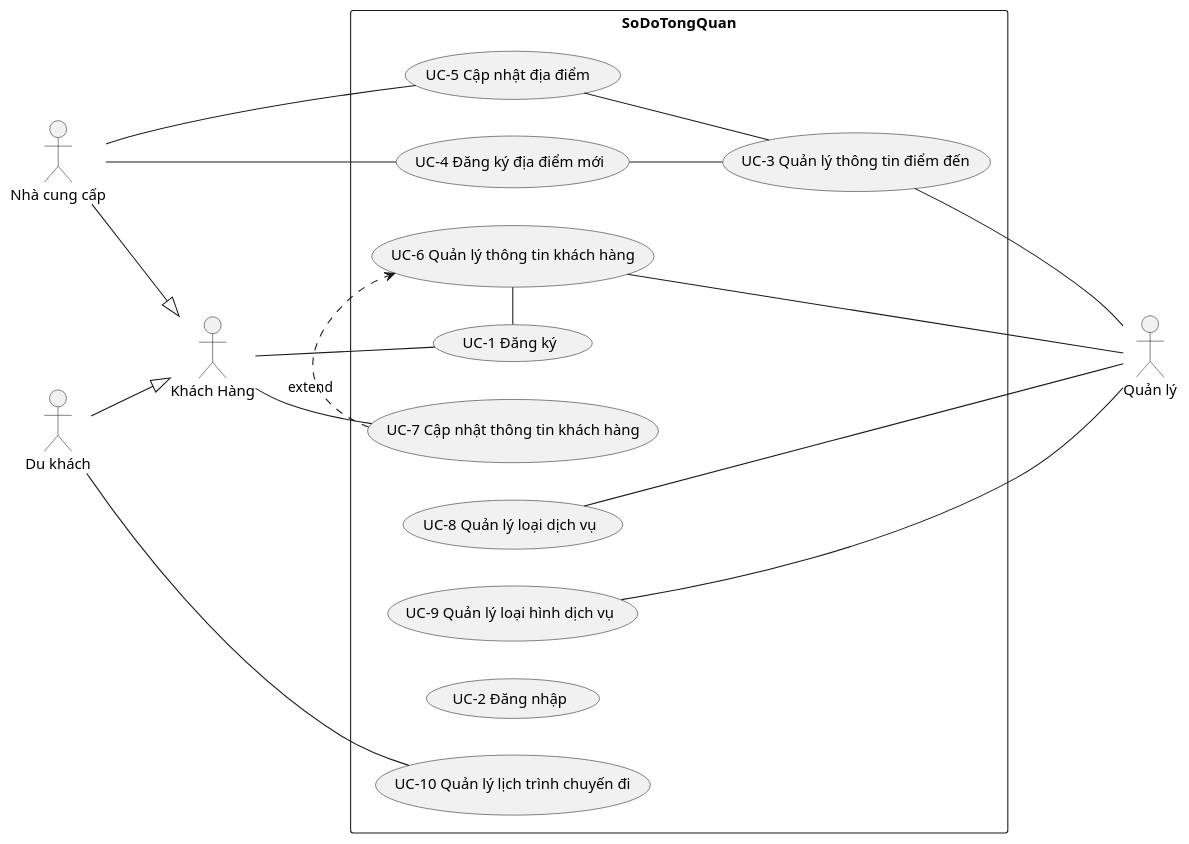
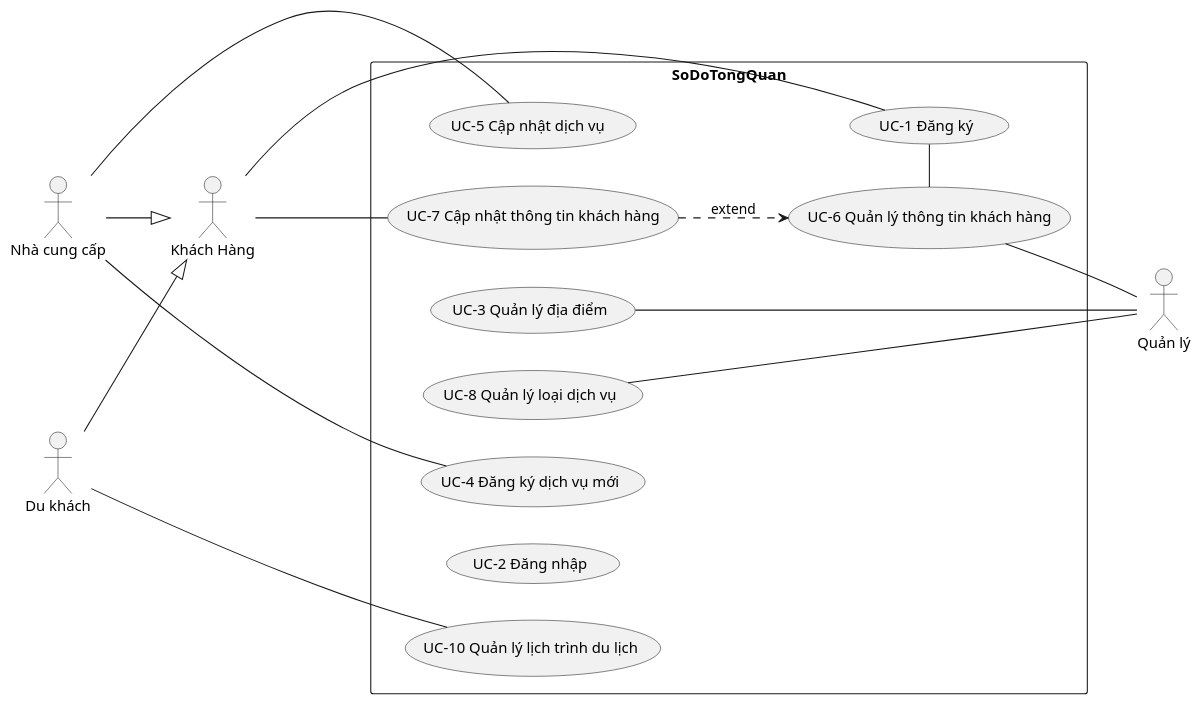
The diagram in PlanUML/UseCase.puml (TranTan-Dat/LV_DuLichDienTu), drawn with PlantUML before and after one commit. The commit also changed 64 other files, not shown here.

```diff
--- a/PlanUML/UseCase.puml
+++ b/PlanUML/UseCase.puml
@@ -1,48 +1,47 @@
 @startuml SoDoUC
 left to right direction
 actor "Quản lý" as QL
 actor "Khách Hàng" as KH
 actor "Nhà cung cấp" as NCC
 actor "Du khách" as DKhach
 
 
 rectangle  SoDoTongQuan{
   usecase "UC-8 Quản lý loại dịch vụ" as QLLDV
-  usecase "UC-9 Quản lý loại hình dịch vụ" as QLLHDV
-  usecase "UC-3 Quản lý thông tin điểm đến" as QLTTDD
+  usecase "UC-3 Quản lý địa điểm" as QLDD
+  ' usecase "UC-9 Quản lý thông tin " as QLTTDD
 
-  usecase "UC-4 Đăng ký địa điểm mới" as Them_TTDD
-  usecase "UC-5 Cập nhật địa điểm " as CapNhat_TTDD
+  usecase "UC-4 Đăng ký dịch vụ mới" as Them_TTDD
+  usecase "UC-5 Cập nhật dịch vụ " as CapNhat_TTDD
   usecase "UC-7 Cập nhật thông tin khách hàng" as CapNhat_TTKH
 
   usecase "UC-6 Quản lý thông tin khách hàng" as QLTTKH
   usecase "UC-1 Đăng ký" as DKy
   usecase "UC-2 Đăng nhập" as DNhap
-  usecase "UC-10 Quản lý lịch trình chuyến đi" as QLCD
+  usecase "UC-10 Quản lý lịch trình du lịch" as QLCD
+  ' chỗ nay nhà cung cấp và du khách đều dùng quản lý lịch trình du lịch
 }
-CapNhat_TTDD -- QLTTDD
-Them_TTDD -- QLTTDD
+
 QLTTKH - DKy
-CapNhat_TTKH .> QLTTKH : extend
+CapNhat_TTKH ..> QLTTKH : extend
 
-KH -- CapNhat_TTKH
-KH -- DKy
+KH --- CapNhat_TTKH
+KH --- DKy
 
-QLTTDD - QL
-QLLHDV ---- QL
-QLTTKH - QL
+QLDD --- QL
+QLTTKH -- QL
 QLLDV -- QL
 
 
 
 NCC --|> KH
 
 DKhach --|> KH
 
 NCC - CapNhat_TTDD
 NCC - Them_TTDD
 
 
 DKhach -- QLCD
 
 @enduml
```
